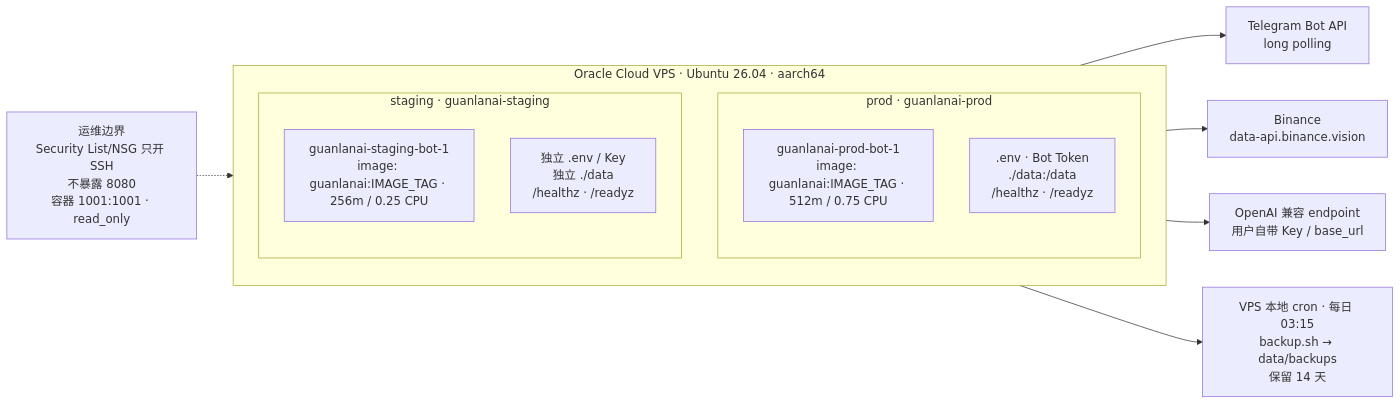
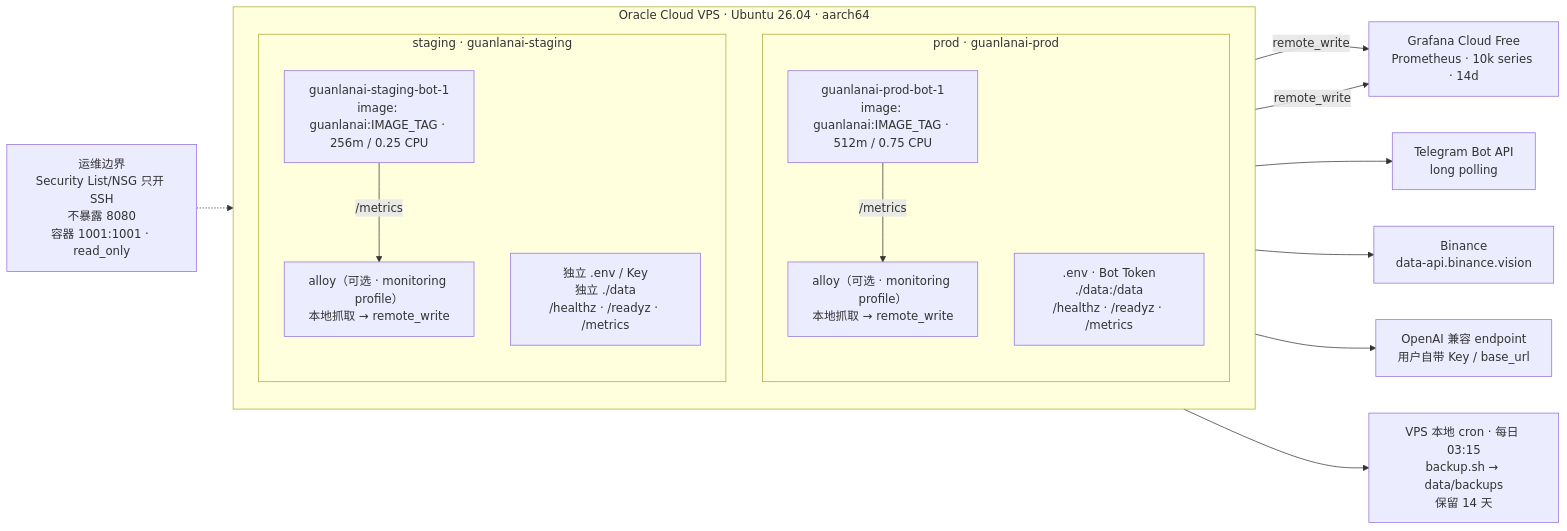
The fourth of 4 diagrams in docs/ARCHITECTURE.md (guanlanai/guanlanai), drawn with Mermaid before and after one commit. The commit also changed other lines of this file and 30 other files, not shown here.

Commit message:
feat: 增加 Prometheus 指标与 Grafana Cloud 采集

````diff
--- a/docs/ARCHITECTURE.md
+++ b/docs/ARCHITECTURE.md
@@ -140,29 +142,36 @@
 ```mermaid
 flowchart LR
     OPS["运维边界<br/>Security List/NSG 只开 SSH<br/>不暴露 8080<br/>容器 1001:1001 · read_only"]
 
     subgraph VPS["Oracle Cloud VPS · Ubuntu 26.04 · aarch64"]
         direction TB
         subgraph PROD["prod · guanlanai-prod"]
             direction TB
             P1["guanlanai-prod-bot-1<br/>image: guanlanai:IMAGE_TAG · 512m / 0.75 CPU"]
-            P2[".env · Bot Token<br/>./data:/data<br/>/healthz · /readyz"]
+            P2[".env · Bot Token<br/>./data:/data<br/>/healthz · /readyz · /metrics"]
+            P3["alloy（可选 · monitoring profile）<br/>本地抓取 → remote_write"]
         end
         subgraph STAGING["staging · guanlanai-staging"]
             direction TB
             S1["guanlanai-staging-bot-1<br/>image: guanlanai:IMAGE_TAG · 256m / 0.25 CPU"]
-            S2["独立 .env / Key<br/>独立 ./data<br/>/healthz · /readyz"]
+            S2["独立 .env / Key<br/>独立 ./data<br/>/healthz · /readyz · /metrics"]
+            S3["alloy（可选 · monitoring profile）<br/>本地抓取 → remote_write"]
         end
     end
 
+    GC["Grafana Cloud Free<br/>Prometheus · 10k series · 14d"]
     BAK["VPS 本地 cron · 每日 03:15<br/>backup.sh → data/backups<br/>保留 14 天"]
     TG["Telegram Bot API<br/>long polling"]
     BIN["Binance<br/>data-api.binance.vision"]
     OAI["OpenAI 兼容 endpoint<br/>用户自带 Key / base_url"]
 
+    P1 -->|/metrics| P3
+    S1 -->|/metrics| S3
+    P3 -->|remote_write| GC
+    S3 -->|remote_write| GC
     OPS -.-> VPS
     VPS --> TG
     VPS --> BIN
     VPS --> OAI
     VPS --> BAK
 ```
````
